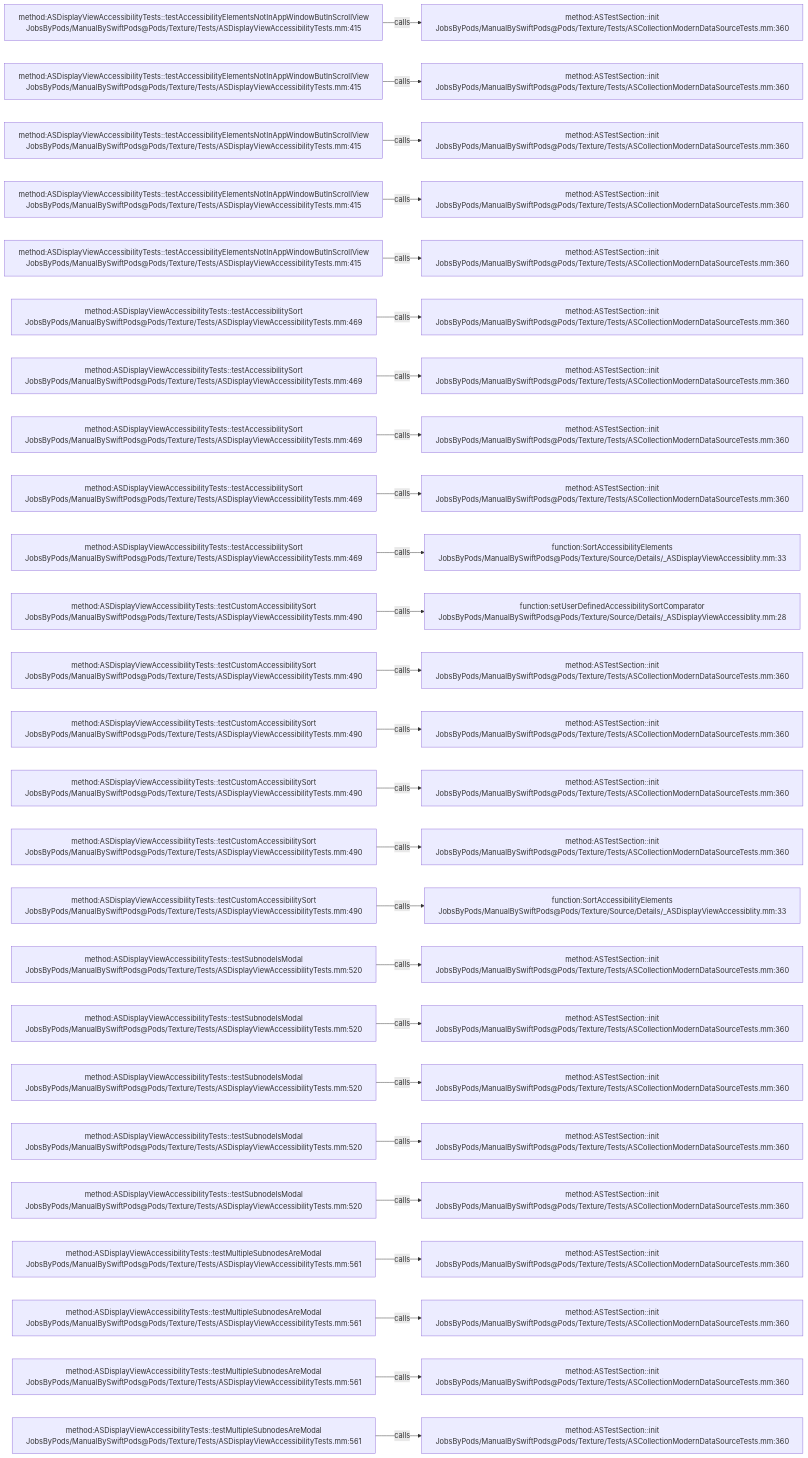
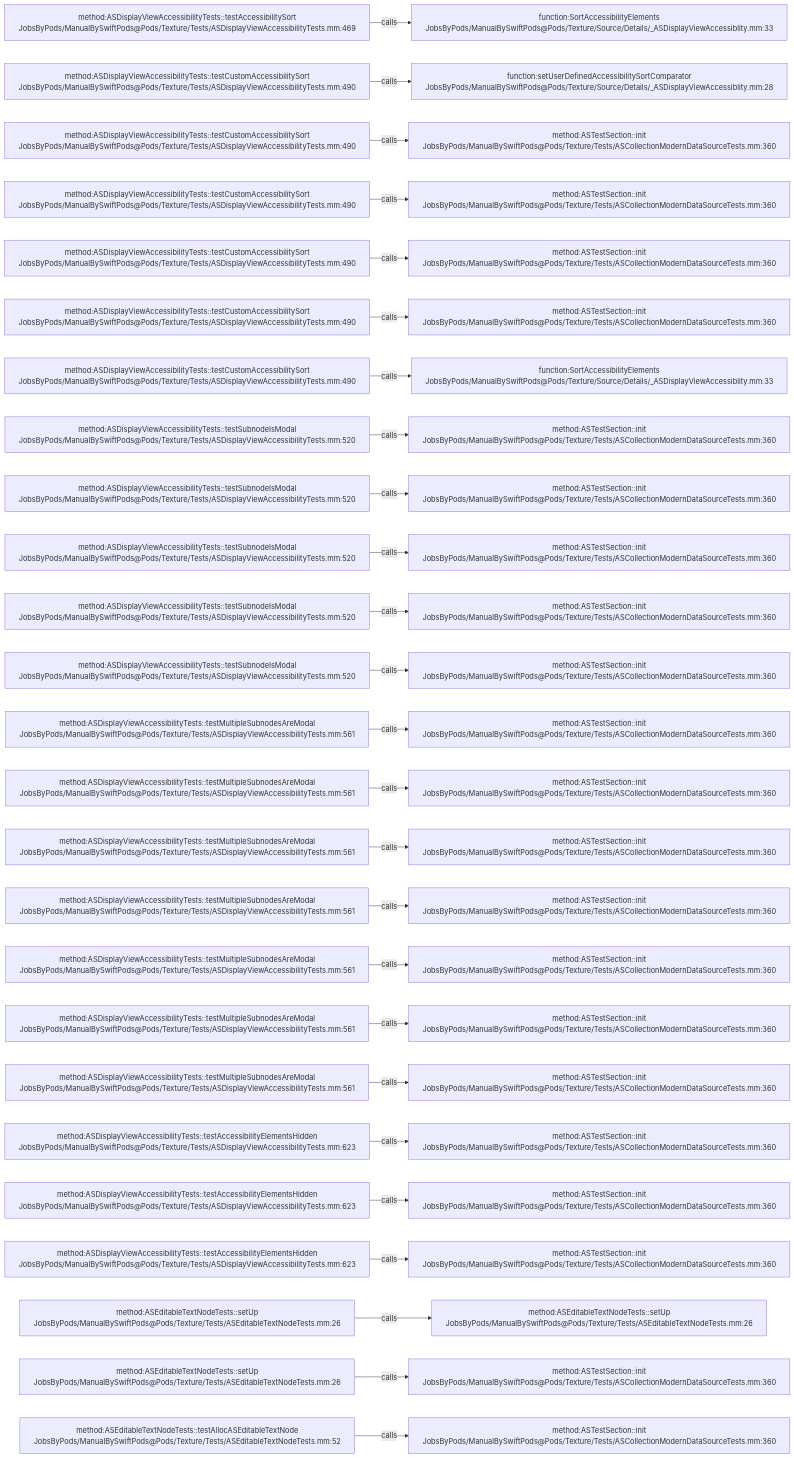
The diagram in .codegraph/codegraph.md/graphs/calls-200.md (JobsKits/JobsSwiftBaseConfigDemo), drawn with Mermaid before and after one commit. The commit also changed 707 other files, not shown here.

````diff
--- a/.codegraph/codegraph.md/graphs/calls-200.md
+++ b/.codegraph/codegraph.md/graphs/calls-200.md
@@ -13,78 +13,78 @@
 ```mermaid
 flowchart LR
-  S1["method:ASDisplayViewAccessibilityTests::testAccessibilityElementsNotInAppWindowButInScrollView<br/>JobsByPods/ManualBySwiftPods@Pods/Texture/Tests/ASDisplayViewAccessibilityTests.mm:415"]
-  T1["method:ASTestSection::init<br/>JobsByPods/ManualBySwiftPods@Pods/Texture/Tests/ASCollectionModernDataSourceTests.mm:360"]
+  S1["method:ASDisplayViewAccessibilityTests::testAccessibilitySort<br/>JobsByPods/ManualBySwiftPods@Pods/Texture/Tests/ASDisplayViewAccessibilityTests.mm:469"]
+  T1["function:SortAccessibilityElements<br/>JobsByPods/ManualBySwiftPods@Pods/Texture/Source/Details/_ASDisplayViewAccessiblity.mm:33"]
   S1 -->|calls| T1
-  S2["method:ASDisplayViewAccessibilityTests::testAccessibilityElementsNotInAppWindowButInScrollView<br/>JobsByPods/ManualBySwiftPods@Pods/Texture/Tests/ASDisplayViewAccessibilityTests.mm:415"]
-  T2["method:ASTestSection::init<br/>JobsByPods/ManualBySwiftPods@Pods/Texture/Tests/ASCollectionModernDataSourceTests.mm:360"]
+  S2["method:ASDisplayViewAccessibilityTests::testCustomAccessibilitySort<br/>JobsByPods/ManualBySwiftPods@Pods/Texture/Tests/ASDisplayViewAccessibilityTests.mm:490"]
+  T2["function:setUserDefinedAccessibilitySortComparator<br/>JobsByPods/ManualBySwiftPods@Pods/Texture/Source/Details/_ASDisplayViewAccessiblity.mm:28"]
   S2 -->|calls| T2
-  S3["method:ASDisplayViewAccessibilityTests::testAccessibilityElementsNotInAppWindowButInScrollView<br/>JobsByPods/ManualBySwiftPods@Pods/Texture/Tests/ASDisplayViewAccessibilityTests.mm:415"]
+  S3["method:ASDisplayViewAccessibilityTests::testCustomAccessibilitySort<br/>JobsByPods/ManualBySwiftPods@Pods/Texture/Tests/ASDisplayViewAccessibilityTests.mm:490"]
   T3["method:ASTestSection::init<br/>JobsByPods/ManualBySwiftPods@Pods/Texture/Tests/ASCollectionModernDataSourceTests.mm:360"]
   S3 -->|calls| T3
-  S4["method:ASDisplayViewAccessibilityTests::testAccessibilityElementsNotInAppWindowButInScrollView<br/>JobsByPods/ManualBySwiftPods@Pods/Texture/Tests/ASDisplayViewAccessibilityTests.mm:415"]
+  S4["method:ASDisplayViewAccessibilityTests::testCustomAccessibilitySort<br/>JobsByPods/ManualBySwiftPods@Pods/Texture/Tests/ASDisplayViewAccessibilityTests.mm:490"]
   T4["method:ASTestSection::init<br/>JobsByPods/ManualBySwiftPods@Pods/Texture/Tests/ASCollectionModernDataSourceTests.mm:360"]
   S4 -->|calls| T4
-  S5["method:ASDisplayViewAccessibilityTests::testAccessibilityElementsNotInAppWindowButInScrollView<br/>JobsByPods/ManualBySwiftPods@Pods/Texture/Tests/ASDisplayViewAccessibilityTests.mm:415"]
+  S5["method:ASDisplayViewAccessibilityTests::testCustomAccessibilitySort<br/>JobsByPods/ManualBySwiftPods@Pods/Texture/Tests/ASDisplayViewAccessibilityTests.mm:490"]
   T5["method:ASTestSection::init<br/>JobsByPods/ManualBySwiftPods@Pods/Texture/Tests/ASCollectionModernDataSourceTests.mm:360"]
   S5 -->|calls| T5
-  S6["method:ASDisplayViewAccessibilityTests::testAccessibilitySort<br/>JobsByPods/ManualBySwiftPods@Pods/Texture/Tests/ASDisplayViewAccessibilityTests.mm:469"]
+  S6["method:ASDisplayViewAccessibilityTests::testCustomAccessibilitySort<br/>JobsByPods/ManualBySwiftPods@Pods/Texture/Tests/ASDisplayViewAccessibilityTests.mm:490"]
   T6["method:ASTestSection::init<br/>JobsByPods/ManualBySwiftPods@Pods/Texture/Tests/ASCollectionModernDataSourceTests.mm:360"]
   S6 -->|calls| T6
-  S7["method:ASDisplayViewAccessibilityTests::testAccessibilitySort<br/>JobsByPods/ManualBySwiftPods@Pods/Texture/Tests/ASDisplayViewAccessibilityTests.mm:469"]
-  T7["method:ASTestSection::init<br/>JobsByPods/ManualBySwiftPods@Pods/Texture/Tests/ASCollectionModernDataSourceTests.mm:360"]
+  S7["method:ASDisplayViewAccessibilityTests::testCustomAccessibilitySort<br/>JobsByPods/ManualBySwiftPods@Pods/Texture/Tests/ASDisplayViewAccessibilityTests.mm:490"]
+  T7["function:SortAccessibilityElements<br/>JobsByPods/ManualBySwiftPods@Pods/Texture/Source/Details/_ASDisplayViewAccessiblity.mm:33"]
   S7 -->|calls| T7
-  S8["method:ASDisplayViewAccessibilityTests::testAccessibilitySort<br/>JobsByPods/ManualBySwiftPods@Pods/Texture/Tests/ASDisplayViewAccessibilityTests.mm:469"]
+  S8["method:ASDisplayViewAccessibilityTests::testSubnodeIsModal<br/>JobsByPods/ManualBySwiftPods@Pods/Texture/Tests/ASDisplayViewAccessibilityTests.mm:520"]
   T8["method:ASTestSection::init<br/>JobsByPods/ManualBySwiftPods@Pods/Texture/Tests/ASCollectionModernDataSourceTests.mm:360"]
   S8 -->|calls| T8
-  S9["method:ASDisplayViewAccessibilityTests::testAccessibilitySort<br/>JobsByPods/ManualBySwiftPods@Pods/Texture/Tests/ASDisplayViewAccessibilityTests.mm:469"]
+  S9["method:ASDisplayViewAccessibilityTests::testSubnodeIsModal<br/>JobsByPods/ManualBySwiftPods@Pods/Texture/Tests/ASDisplayViewAccessibilityTests.mm:520"]
   T9["method:ASTestSection::init<br/>JobsByPods/ManualBySwiftPods@Pods/Texture/Tests/ASCollectionModernDataSourceTests.mm:360"]
   S9 -->|calls| T9
-  S10["method:ASDisplayViewAccessibilityTests::testAccessibilitySort<br/>JobsByPods/ManualBySwiftPods@Pods/Texture/Tests/ASDisplayViewAccessibilityTests.mm:469"]
-  T10["function:SortAccessibilityElements<br/>JobsByPods/ManualBySwiftPods@Pods/Texture/Source/Details/_ASDisplayViewAccessiblity.mm:33"]
+  S10["method:ASDisplayViewAccessibilityTests::testSubnodeIsModal<br/>JobsByPods/ManualBySwiftPods@Pods/Texture/Tests/ASDisplayViewAccessibilityTests.mm:520"]
+  T10["method:ASTestSection::init<br/>JobsByPods/ManualBySwiftPods@Pods/Texture/Tests/ASCollectionModernDataSourceTests.mm:360"]
   S10 -->|calls| T10
-  S11["method:ASDisplayViewAccessibilityTests::testCustomAccessibilitySort<br/>JobsByPods/ManualBySwiftPods@Pods/Texture/Tests/ASDisplayViewAccessibilityTests.mm:490"]
-  T11["function:setUserDefinedAccessibilitySortComparator<br/>JobsByPods/ManualBySwiftPods@Pods/Texture/Source/Details/_ASDisplayViewAccessiblity.mm:28"]
+  S11["method:ASDisplayViewAccessibilityTests::testSubnodeIsModal<br/>JobsByPods/ManualBySwiftPods@Pods/Texture/Tests/ASDisplayViewAccessibilityTests.mm:520"]
+  T11["method:ASTestSection::init<br/>JobsByPods/ManualBySwiftPods@Pods/Texture/Tests/ASCollectionModernDataSourceTests.mm:360"]
   S11 -->|calls| T11
-  S12["method:ASDisplayViewAccessibilityTests::testCustomAccessibilitySort<br/>JobsByPods/ManualBySwiftPods@Pods/Texture/Tests/ASDisplayViewAccessibilityTests.mm:490"]
+  S12["method:ASDisplayViewAccessibilityTests::testSubnodeIsModal<br/>JobsByPods/ManualBySwiftPods@Pods/Texture/Tests/ASDisplayViewAccessibilityTests.mm:520"]
   T12["method:ASTestSection::init<br/>JobsByPods/ManualBySwiftPods@Pods/Texture/Tests/ASCollectionModernDataSourceTests.mm:360"]
   S12 -->|calls| T12
-  S13["method:ASDisplayViewAccessibilityTests::testCustomAccessibilitySort<br/>JobsByPods/ManualBySwiftPods@Pods/Texture/Tests/ASDisplayViewAccessibilityTests.mm:490"]
+  S13["method:ASDisplayViewAccessibilityTests::testMultipleSubnodesAreModal<br/>JobsByPods/ManualBySwiftPods@Pods/Texture/Tests/ASDisplayViewAccessibilityTests.mm:561"]
   T13["method:ASTestSection::init<br/>JobsByPods/ManualBySwiftPods@Pods/Texture/Tests/ASCollectionModernDataSourceTests.mm:360"]
   S13 -->|calls| T13
-  S14["method:ASDisplayViewAccessibilityTests::testCustomAccessibilitySort<br/>JobsByPods/ManualBySwiftPods@Pods/Texture/Tests/ASDisplayViewAccessibilityTests.mm:490"]
+  S14["method:ASDisplayViewAccessibilityTests::testMultipleSubnodesAreModal<br/>JobsByPods/ManualBySwiftPods@Pods/Texture/Tests/ASDisplayViewAccessibilityTests.mm:561"]
   T14["method:ASTestSection::init<br/>JobsByPods/ManualBySwiftPods@Pods/Texture/Tests/ASCollectionModernDataSourceTests.mm:360"]
   S14 -->|calls| T14
-  S15["method:ASDisplayViewAccessibilityTests::testCustomAccessibilitySort<br/>JobsByPods/ManualBySwiftPods@Pods/Texture/Tests/ASDisplayViewAccessibilityTests.mm:490"]
+  S15["method:ASDisplayViewAccessibilityTests::testMultipleSubnodesAreModal<br/>JobsByPods/ManualBySwiftPods@Pods/Texture/Tests/ASDisplayViewAccessibilityTests.mm:561"]
   T15["method:ASTestSection::init<br/>JobsByPods/ManualBySwiftPods@Pods/Texture/Tests/ASCollectionModernDataSourceTests.mm:360"]
   S15 -->|calls| T15
-  S16["method:ASDisplayViewAccessibilityTests::testCustomAccessibilitySort<br/>JobsByPods/ManualBySwiftPods@Pods/Texture/Tests/ASDisplayViewAccessibilityTests.mm:490"]
-  T16["function:SortAccessibilityElements<br/>JobsByPods/ManualBySwiftPods@Pods/Texture/Source/Details/_ASDisplayViewAccessiblity.mm:33"]
+  S16["method:ASDisplayViewAccessibilityTests::testMultipleSubnodesAreModal<br/>JobsByPods/ManualBySwiftPods@Pods/Texture/Tests/ASDisplayViewAccessibilityTests.mm:561"]
+  T16["method:ASTestSection::init<br/>JobsByPods/ManualBySwiftPods@Pods/Texture/Tests/ASCollectionModernDataSourceTests.mm:360"]
   S16 -->|calls| T16
-  S17["method:ASDisplayViewAccessibilityTests::testSubnodeIsModal<br/>JobsByPods/ManualBySwiftPods@Pods/Texture/Tests/ASDisplayViewAccessibilityTests.mm:520"]
+  S17["method:ASDisplayViewAccessibilityTests::testMultipleSubnodesAreModal<br/>JobsByPods/ManualBySwiftPods@Pods/Texture/Tests/ASDisplayViewAccessibilityTests.mm:561"]
   T17["method:ASTestSection::init<br/>JobsByPods/ManualBySwiftPods@Pods/Texture/Tests/ASCollectionModernDataSourceTests.mm:360"]
   S17 -->|calls| T17
-  S18["method:ASDisplayViewAccessibilityTests::testSubnodeIsModal<br/>JobsByPods/ManualBySwiftPods@Pods/Texture/Tests/ASDisplayViewAccessibilityTests.mm:520"]
+  S18["method:ASDisplayViewAccessibilityTests::testMultipleSubnodesAreModal<br/>JobsByPods/ManualBySwiftPods@Pods/Texture/Tests/ASDisplayViewAccessibilityTests.mm:561"]
   T18["method:ASTestSection::init<br/>JobsByPods/ManualBySwiftPods@Pods/Texture/Tests/ASCollectionModernDataSourceTests.mm:360"]
   S18 -->|calls| T18
-  S19["method:ASDisplayViewAccessibilityTests::testSubnodeIsModal<br/>JobsByPods/ManualBySwiftPods@Pods/Texture/Tests/ASDisplayViewAccessibilityTests.mm:520"]
+  S19["method:ASDisplayViewAccessibilityTests::testMultipleSubnodesAreModal<br/>JobsByPods/ManualBySwiftPods@Pods/Texture/Tests/ASDisplayViewAccessibilityTests.mm:561"]
   T19["method:ASTestSection::init<br/>JobsByPods/ManualBySwiftPods@Pods/Texture/Tests/ASCollectionModernDataSourceTests.mm:360"]
   S19 -->|calls| T19
-  S20["method:ASDisplayViewAccessibilityTests::testSubnodeIsModal<br/>JobsByPods/ManualBySwiftPods@Pods/Texture/Tests/ASDisplayViewAccessibilityTests.mm:520"]
+  S20["method:ASDisplayViewAccessibilityTests::testAccessibilityElementsHidden<br/>JobsByPods/ManualBySwiftPods@Pods/Texture/Tests/ASDisplayViewAccessibilityTests.mm:623"]
   T20["method:ASTestSection::init<br/>JobsByPods/ManualBySwiftPods@Pods/Texture/Tests/ASCollectionModernDataSourceTests.mm:360"]
   S20 -->|calls| T20
-  S21["method:ASDisplayViewAccessibilityTests::testSubnodeIsModal<br/>JobsByPods/ManualBySwiftPods@Pods/Texture/Tests/ASDisplayViewAccessibilityTests.mm:520"]
+  S21["method:ASDisplayViewAccessibilityTests::testAccessibilityElementsHidden<br/>JobsByPods/ManualBySwiftPods@Pods/Texture/Tests/ASDisplayViewAccessibilityTests.mm:623"]
   T21["method:ASTestSection::init<br/>JobsByPods/ManualBySwiftPods@Pods/Texture/Tests/ASCollectionModernDataSourceTests.mm:360"]
   S21 -->|calls| T21
-  S22["method:ASDisplayViewAccessibilityTests::testMultipleSubnodesAreModal<br/>JobsByPods/ManualBySwiftPods@Pods/Texture/Tests/ASDisplayViewAccessibilityTests.mm:561"]
+  S22["method:ASDisplayViewAccessibilityTests::testAccessibilityElementsHidden<br/>JobsByPods/ManualBySwiftPods@Pods/Texture/Tests/ASDisplayViewAccessibilityTests.mm:623"]
   T22["method:ASTestSection::init<br/>JobsByPods/ManualBySwiftPods@Pods/Texture/Tests/ASCollectionModernDataSourceTests.mm:360"]
   S22 -->|calls| T22
-  S23["method:ASDisplayViewAccessibilityTests::testMultipleSubnodesAreModal<br/>JobsByPods/ManualBySwiftPods@Pods/Texture/Tests/ASDisplayViewAccessibilityTests.mm:561"]
-  T23["method:ASTestSection::init<br/>JobsByPods/ManualBySwiftPods@Pods/Texture/Tests/ASCollectionModernDataSourceTests.mm:360"]
+  S23["method:ASEditableTextNodeTests::setUp<br/>JobsByPods/ManualBySwiftPods@Pods/Texture/Tests/ASEditableTextNodeTests.mm:26"]
+  T23["method:ASEditableTextNodeTests::setUp<br/>JobsByPods/ManualBySwiftPods@Pods/Texture/Tests/ASEditableTextNodeTests.mm:26"]
   S23 -->|calls| T23
-  S24["method:ASDisplayViewAccessibilityTests::testMultipleSubnodesAreModal<br/>JobsByPods/ManualBySwiftPods@Pods/Texture/Tests/ASDisplayViewAccessibilityTests.mm:561"]
+  S24["method:ASEditableTextNodeTests::setUp<br/>JobsByPods/ManualBySwiftPods@Pods/Texture/Tests/ASEditableTextNodeTests.mm:26"]
   T24["method:ASTestSection::init<br/>JobsByPods/ManualBySwiftPods@Pods/Texture/Tests/ASCollectionModernDataSourceTests.mm:360"]
   S24 -->|calls| T24
-  S25["method:ASDisplayViewAccessibilityTests::testMultipleSubnodesAreModal<br/>JobsByPods/ManualBySwiftPods@Pods/Texture/Tests/ASDisplayViewAccessibilityTests.mm:561"]
+  S25["method:ASEditableTextNodeTests::testAllocASEditableTextNode<br/>JobsByPods/ManualBySwiftPods@Pods/Texture/Tests/ASEditableTextNodeTests.mm:52"]
   T25["method:ASTestSection::init<br/>JobsByPods/ManualBySwiftPods@Pods/Texture/Tests/ASCollectionModernDataSourceTests.mm:360"]
   S25 -->|calls| T25
 ```
````
